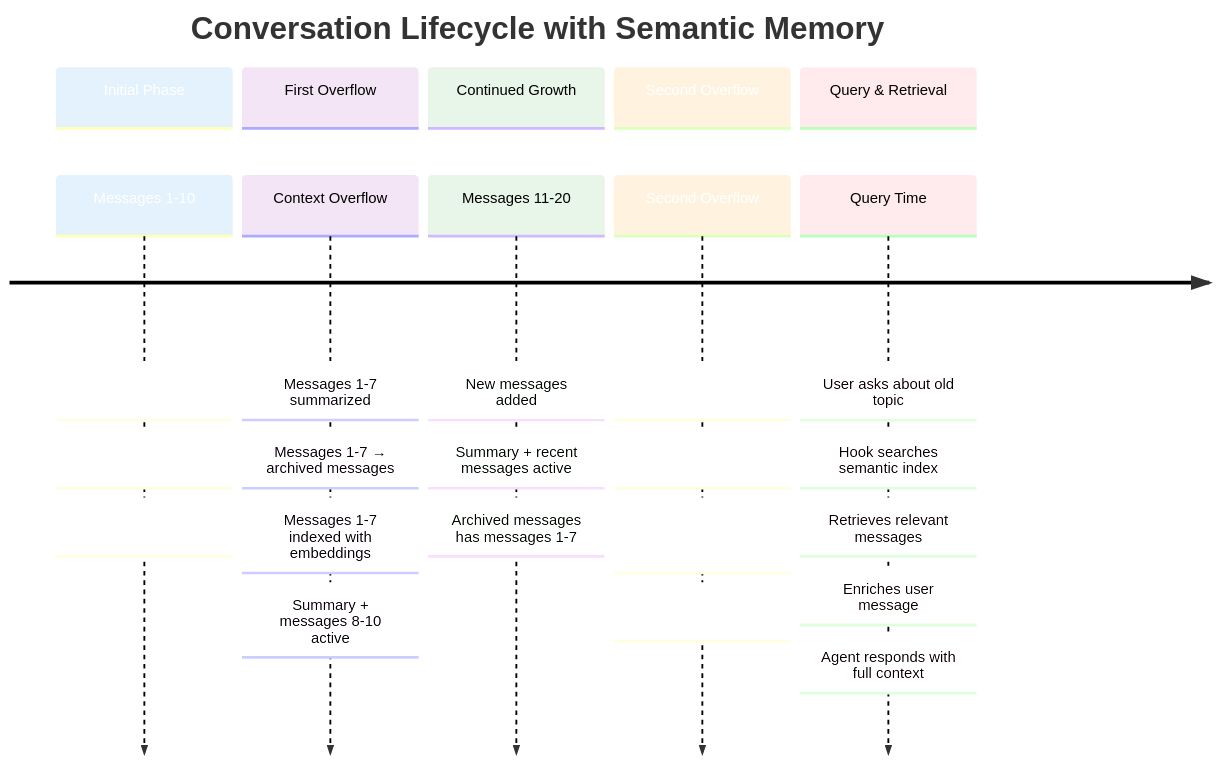
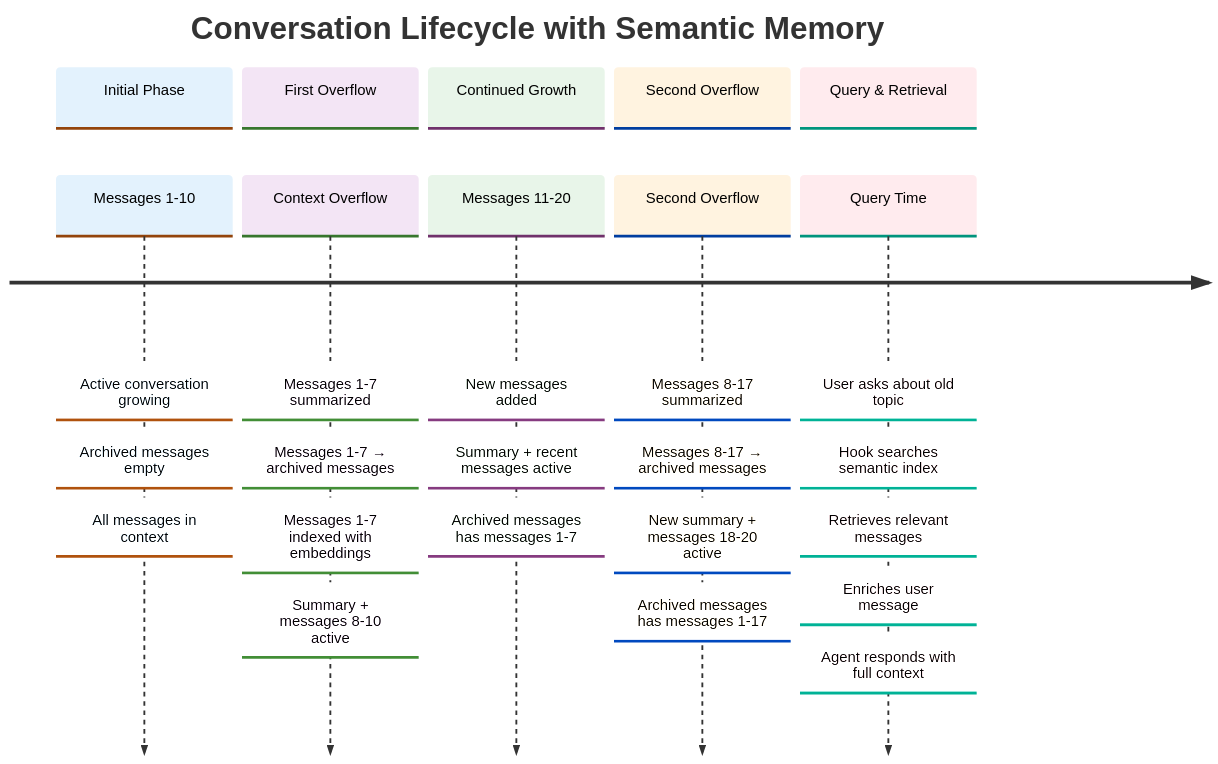
One commit to danilop/strands-agents-semantic-summarizing-conversation-manager changed the third of 5 diagrams in README.md. Above: the diagram before and after it, drawn with Mermaid.

Commit message:
Fix timeline colors using proper Mermaid syntax
- Use correct %%{init} directive structure from official docs
- Apply cScale0-cScale4 for section background colors
- Set cScaleLabel0-cScaleLabel4 to black for text readability
- Maintain London tube map aesthetic with horizontal flow
- Use consistent 5-color palette matching other diagrams

````diff
--- a/README.md
+++ b/README.md
@@ -253,34 +253,48 @@
 ```mermaid
-%%{init: {"timeline": {"numberSectionStyles": 5, "useMaxWidth": true}, "themeVariables": {"cScale0": "#E3F2FD", "cScale1": "#F3E5F5", "cScale2": "#E8F5E9", "cScale3": "#FFF3E0", "cScale4": "#FFEBEE"}}}%%
+%%{init: {
+  'theme': 'base',
+  'themeVariables': {
+    'cScale0': '#E3F2FD',
+    'cScale1': '#F3E5F5',
+    'cScale2': '#E8F5E9',
+    'cScale3': '#FFF3E0',
+    'cScale4': '#FFEBEE',
+    'cScaleLabel0': '#000',
+    'cScaleLabel1': '#000',
+    'cScaleLabel2': '#000',
+    'cScaleLabel3': '#000',
+    'cScaleLabel4': '#000'
+  }
+}}%%
 timeline
     title Conversation Lifecycle with Semantic Memory
 
     section Initial Phase
         Messages 1-10           : Active conversation growing
                                 : Archived messages empty
                                 : All messages in context
 
     section First Overflow
         Context Overflow        : Messages 1-7 summarized
                                 : Messages 1-7 → archived messages
                                 : Messages 1-7 indexed with embeddings
                                 : Summary + messages 8-10 active
 
     section Continued Growth
         Messages 11-20          : New messages added
                                 : Summary + recent messages active
                                 : Archived messages has messages 1-7
 
     section Second Overflow
         Second Overflow         : Messages 8-17 summarized
                                 : Messages 8-17 → archived messages
                                 : New summary + messages 18-20 active
                                 : Archived messages has messages 1-17
 
     section Query & Retrieval
         Query Time              : User asks about old topic
                                 : Hook searches semantic index
                                 : Retrieves relevant messages
                                 : Enriches user message
                                 : Agent responds with full context
 ```
````
